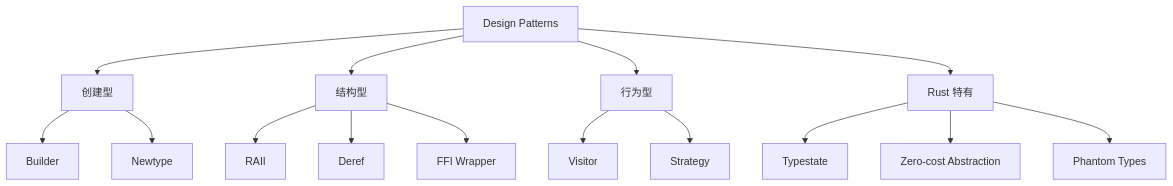
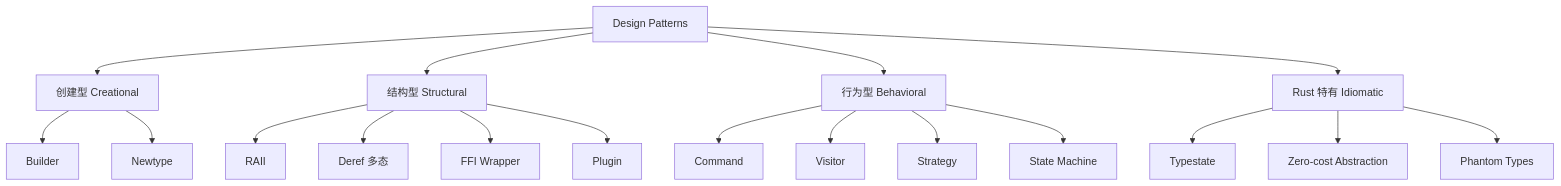
The diagram in concept/06_ecosystem/02_patterns.md (martin-ly/rust-lang), drawn with Mermaid before and after one commit. The commit also changed other lines of this file and 43 other files, not shown here.

````diff
--- a/concept/06_ecosystem/02_patterns.md
+++ b/concept/06_ecosystem/02_patterns.md
@@ -38,21 +60,24 @@
 ```mermaid
 graph TD
-    A[Design Patterns] --> B[创建型]
-    A --> C[结构型]
-    A --> D[行为型]
-    A --> E[Rust 特有]
+    A[Design Patterns] --> B[创建型 Creational]
+    A --> C[结构型 Structural]
+    A --> D[行为型 Behavioral]
+    A --> E[Rust 特有 Idiomatic]
 
     B --> B1[Builder]
     B --> B2[Newtype]
 
     C --> C1[RAII]
-    C --> C2[Deref]
+    C --> C2[Deref 多态]
     C --> C3[FFI Wrapper]
+    C --> C4[Plugin]
 
-    D --> D1[Visitor]
-    D --> D2[Strategy]
+    D --> D1[Command]
+    D --> D2[Visitor]
+    D --> D3[Strategy]
+    D --> D4[State Machine]
 
     E --> E1[Typestate]
     E --> E2[Zero-cost Abstraction]
     E --> E3[Phantom Types]
 ```
````
